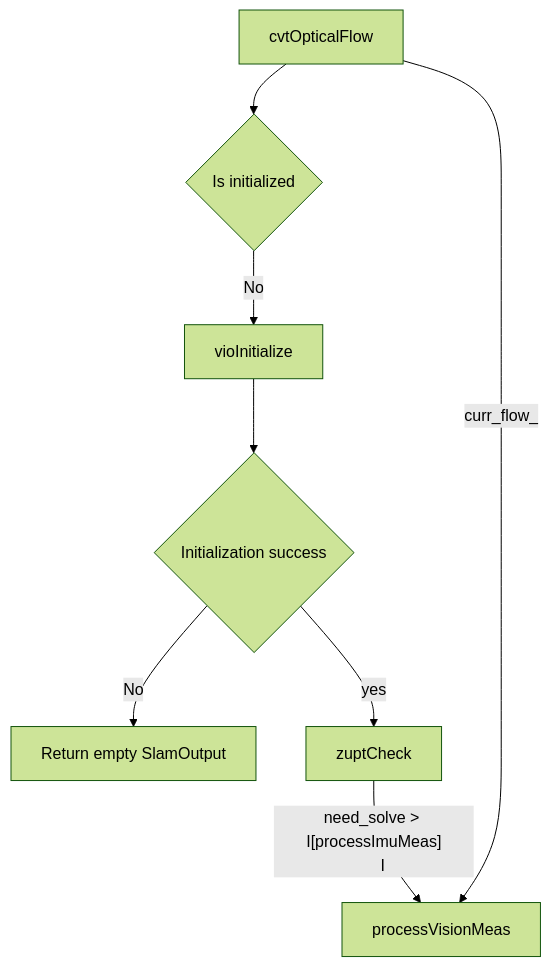
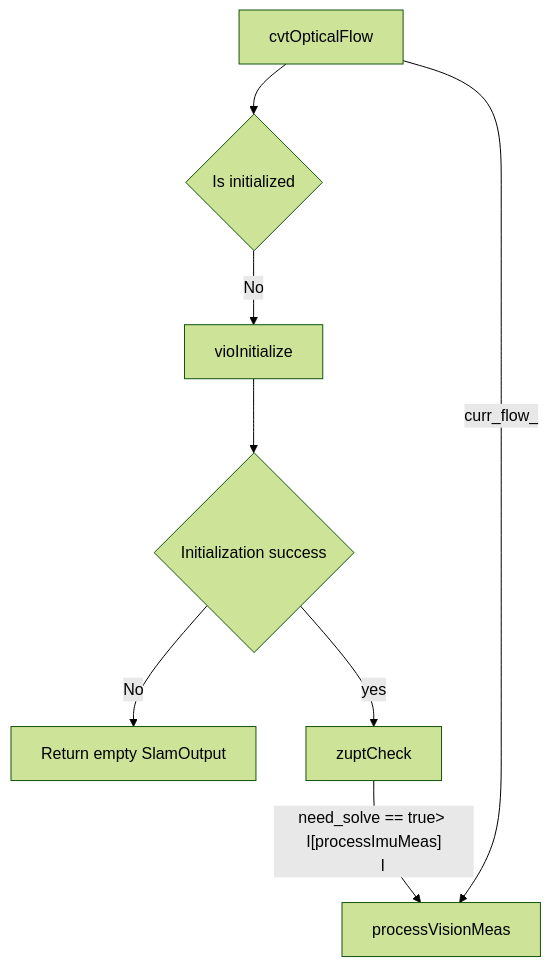
One commit to huzixuan1/iodraw-files changed the diagram in all/未命名-4.md. Above: the diagram before and after it, drawn with Mermaid (forest theme).

Commit message:
2025-04-24 18:08:07 update

````diff
--- a/all/未命名-4.md
+++ b/all/未命名-4.md
@@ -1,18 +1,18 @@
 ```mermaid
 graph TD
     B[cvtOpticalFlow]
     B --> C{Is initialized}
 
     C -- No --> D[vioInitialize]
     D --> E{Initialization success}
     E -- No --> F[Return empty SlamOutput]
     %% E -- Yes --> G[Set initialized = true]
     E --yes--> H
 
     H[zuptCheck]
 
     %% G --> H
-    H --need_solve > I[processImuMeas]
+    H -- need_solve == true> I[processImuMeas]
     I --> J[processVisionMeas]
     B --curr_flow_--> J
 ```
````
